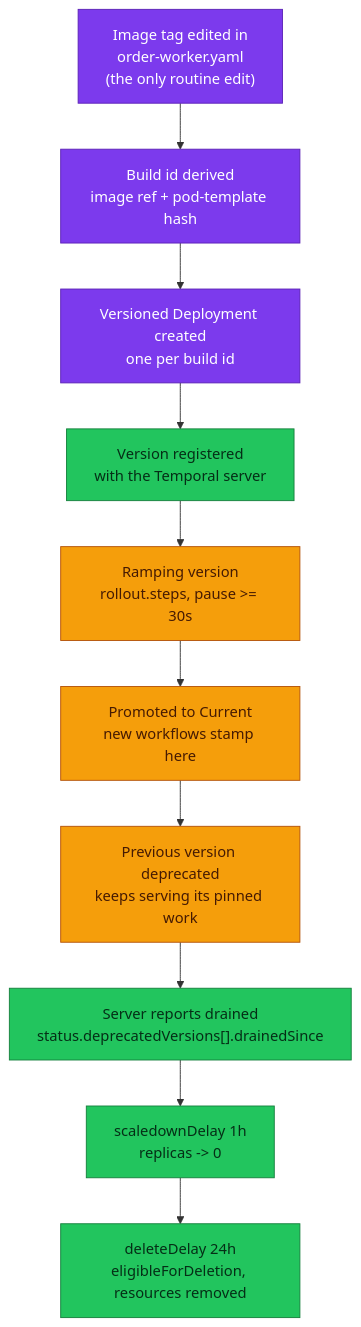
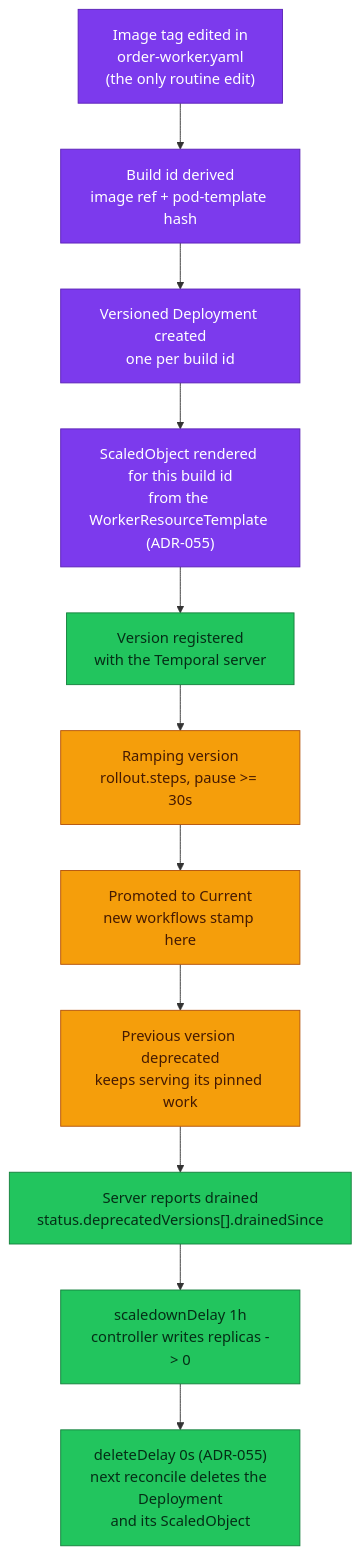
Diagram 20 of 20 in docs/api/temporal.md (duynhlab/homelab), drawn with Mermaid before and after one commit. The commit also changed other lines of this file and 52 other files, not shown here.

First line of the commit message:
Install KEDA autoscaling for Temporal workers (ADR-055) (#996)

````diff
--- a/docs/api/temporal.md
+++ b/docs/api/temporal.md
@@ -1138,19 +1160,20 @@
 ```mermaid
 flowchart TD
   tag["Image tag edited in<br/>order-worker.yaml<br/>(the only routine edit)"] --> bid["Build id derived<br/>image ref + pod-template hash"]
   bid --> dep["Versioned Deployment created<br/>one per build id"]
-  dep --> reg["Version registered<br/>with the Temporal server"]
+  dep --> so["ScaledObject rendered for this build id<br/>from the WorkerResourceTemplate (ADR-055)"]
+  so --> reg["Version registered<br/>with the Temporal server"]
   reg --> ramp["Ramping version<br/>rollout.steps, pause >= 30s"]
   ramp --> cur["Promoted to Current<br/>new workflows stamp here"]
   cur --> dpr["Previous version deprecated<br/>keeps serving its pinned work"]
   dpr --> drn["Server reports drained<br/>status.deprecatedVersions[].drainedSince"]
-  drn --> sd["scaledownDelay 1h<br/>replicas -> 0"]
-  sd --> del["deleteDelay 24h<br/>eligibleForDeletion, resources removed"]
+  drn --> sd["scaledownDelay 1h<br/>controller writes replicas -> 0"]
+  sd --> del["deleteDelay 0s (ADR-055)<br/>next reconcile deletes the Deployment<br/>and its ScaledObject"]
 
   classDef platform fill:#7c3aed,color:#fff,stroke:#5b21b6;
   classDef worker fill:#f59e0b,color:#451a03,stroke:#b45309;
   classDef data fill:#22c55e,color:#052e16,stroke:#15803d;
-  class tag,bid,dep platform
+  class tag,bid,dep,so platform
   class ramp,cur,dpr worker
   class reg,drn,sd,del data
 ```
````
